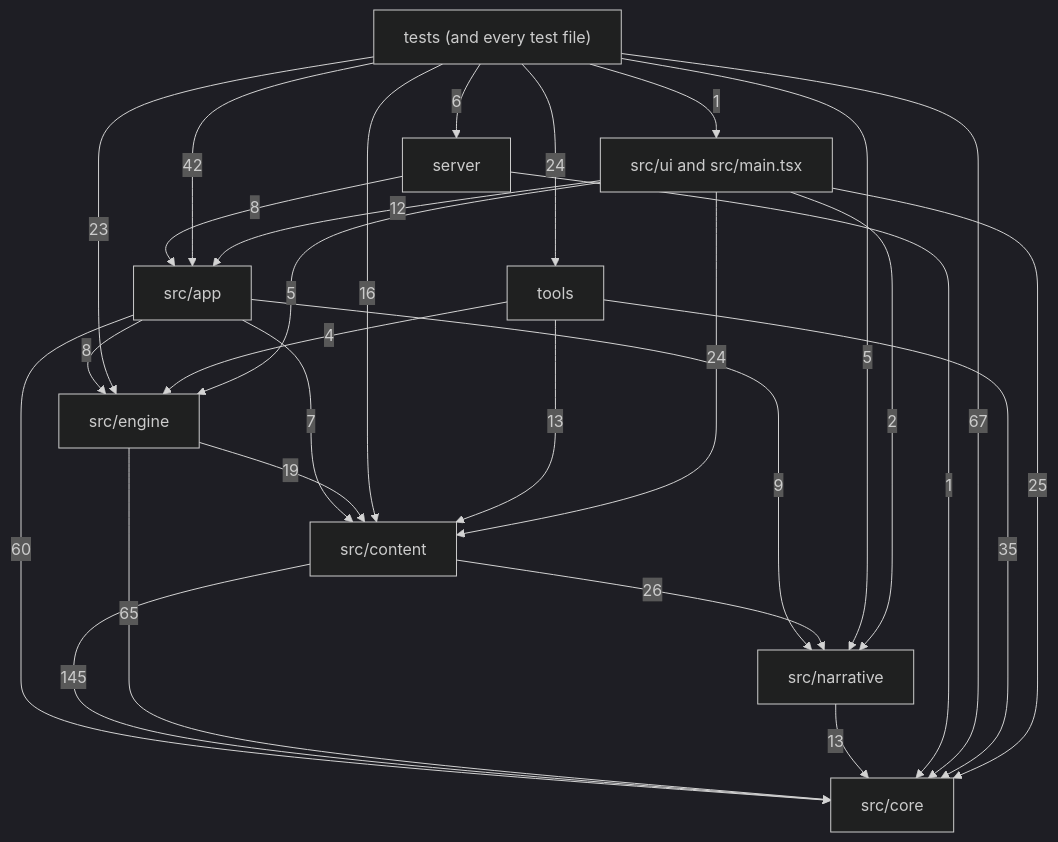
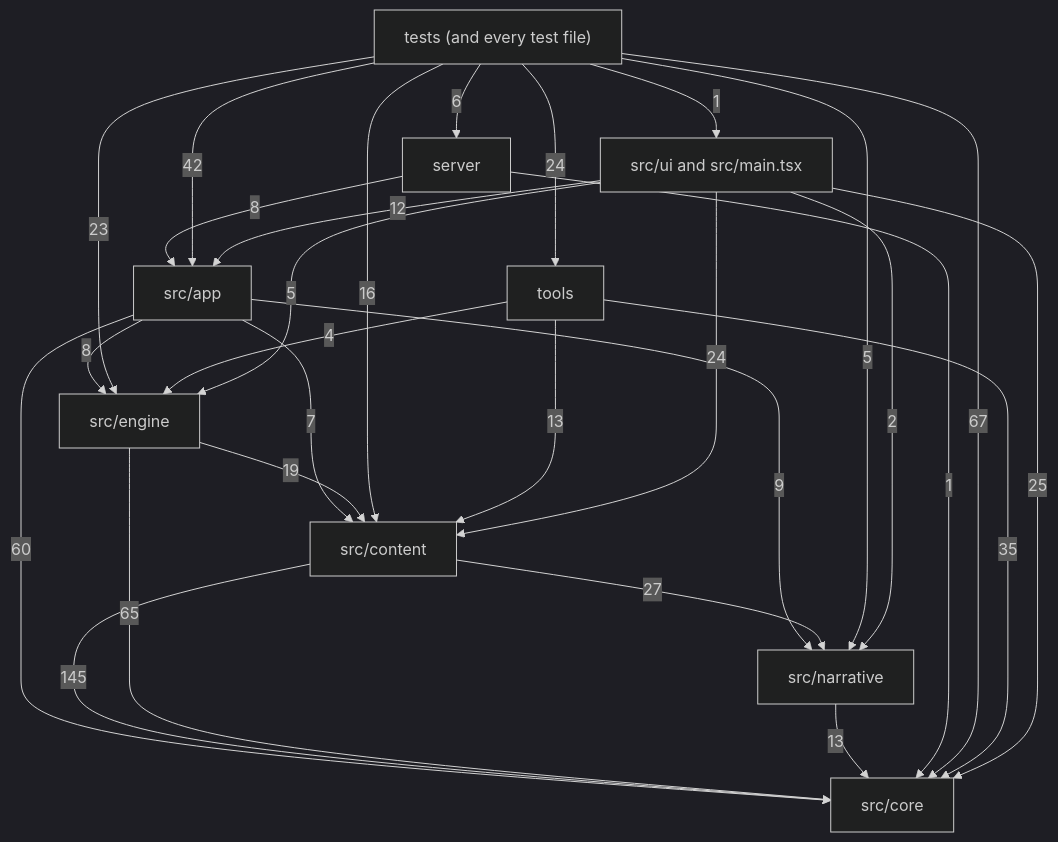
The diagram in docs/reference/code-map/README.md (OrangeB0lt/Cyber-funk), drawn with Mermaid (dark theme) before and after one commit. The commit also changed other lines of this file and 6 other files, not shown here.

````diff
--- a/docs/reference/code-map/README.md
+++ b/docs/reference/code-map/README.md
@@ -29,39 +29,39 @@
 ```mermaid
 flowchart TD
   core["src/core"]
   narrative["src/narrative"]
   content["src/content"]
   engine["src/engine"]
   app["src/app"]
   ui["src/ui and src/main.tsx"]
   server["server"]
   tools["tools"]
   tests["tests (and every test file)"]
   app -->|7| content
   app -->|60| core
   app -->|8| engine
   app -->|9| narrative
   content -->|145| core
-  content -->|26| narrative
+  content -->|27| narrative
   engine -->|19| content
   engine -->|65| core
   narrative -->|13| core
   server -->|8| app
   server -->|1| core
   tests -->|42| app
   tests -->|16| content
   tests -->|67| core
   tests -->|23| engine
   tests -->|5| narrative
   tests -->|6| server
   tests -->|24| tools
   tests -->|1| ui
   tools -->|13| content
   tools -->|35| core
   tools -->|4| engine
   ui -->|12| app
   ui -->|24| content
   ui -->|25| core
   ui -->|5| engine
   ui -->|2| narrative
 ```
````
